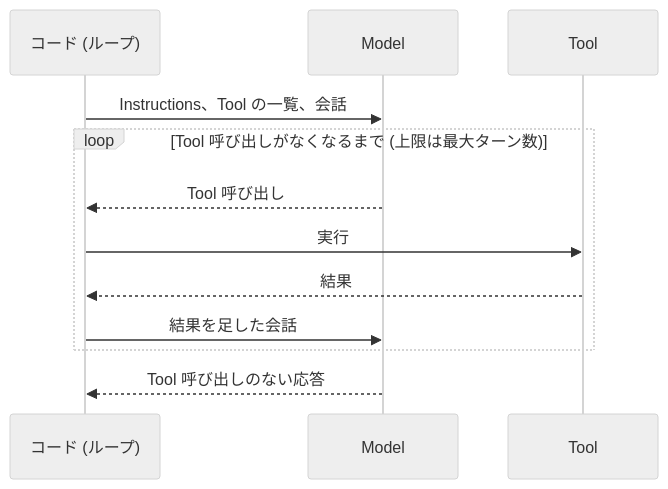
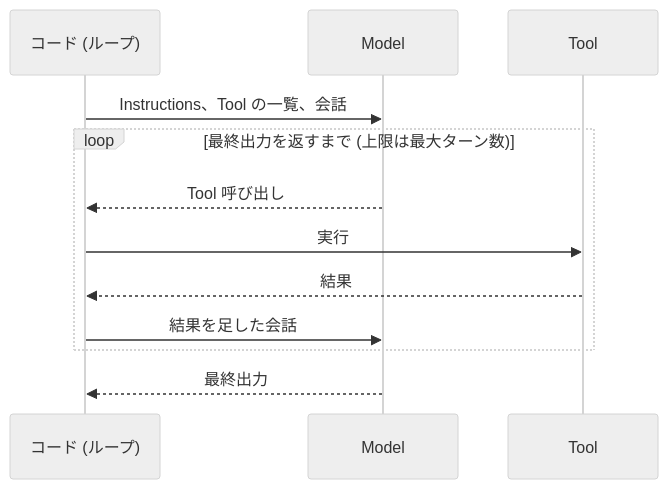
Before and after one commit to p1ass/blog: the second of 6 diagrams in app/routes/posts/agent-concepts-and-modeling/index.mdx, drawn with Mermaid (neutral theme). The commit also changed other lines of this file, not shown here.

````diff
--- a/app/routes/posts/agent-concepts-and-modeling/index.mdx
+++ b/app/routes/posts/agent-concepts-and-modeling/index.mdx
@@ -117,14 +118,14 @@
 ```mermaid
 sequenceDiagram
   participant C as コード (ループ)
   participant M as Model
   participant T as Tool
   C->>M: Instructions、Tool の一覧、会話
-  loop Tool 呼び出しがなくなるまで (上限は最大ターン数)
+  loop 最終出力を返すまで (上限は最大ターン数)
     M-->>C: Tool 呼び出し
     C->>T: 実行
     T-->>C: 結果
     C->>M: 結果を足した会話
   end
-  M-->>C: Tool 呼び出しのない応答
+  M-->>C: 最終出力
 ```
````
